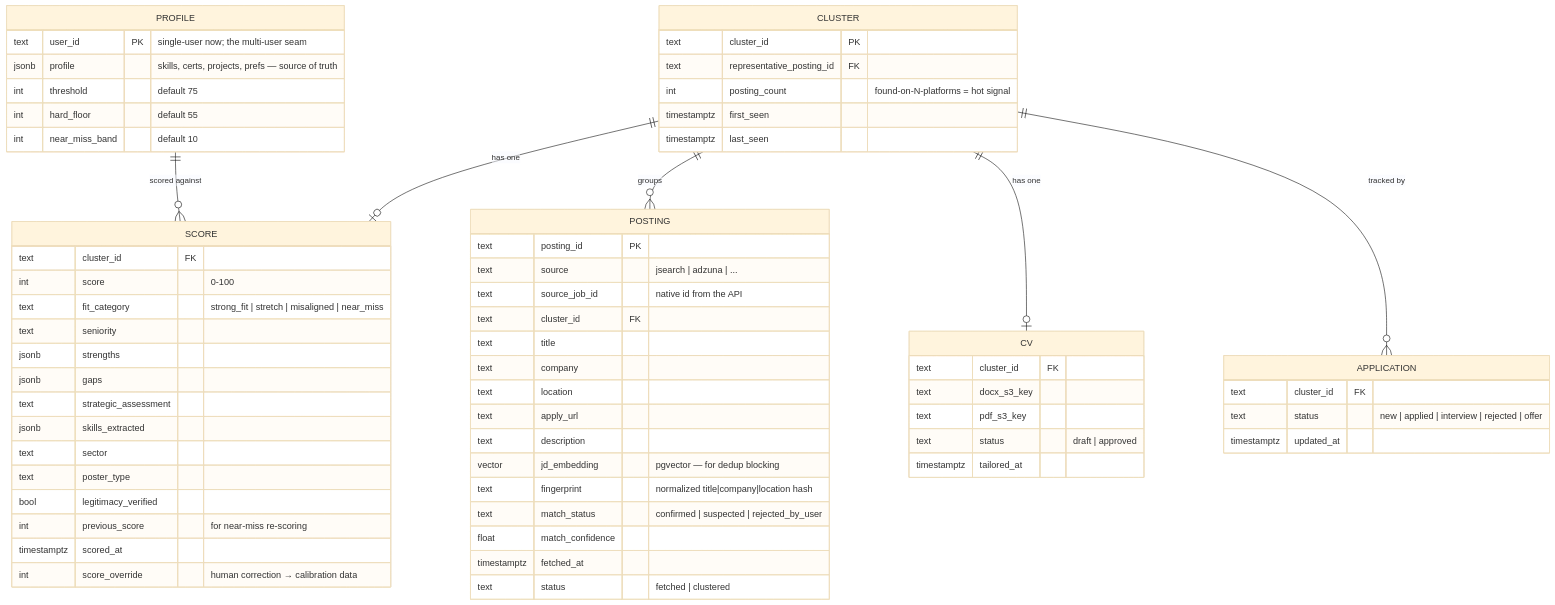
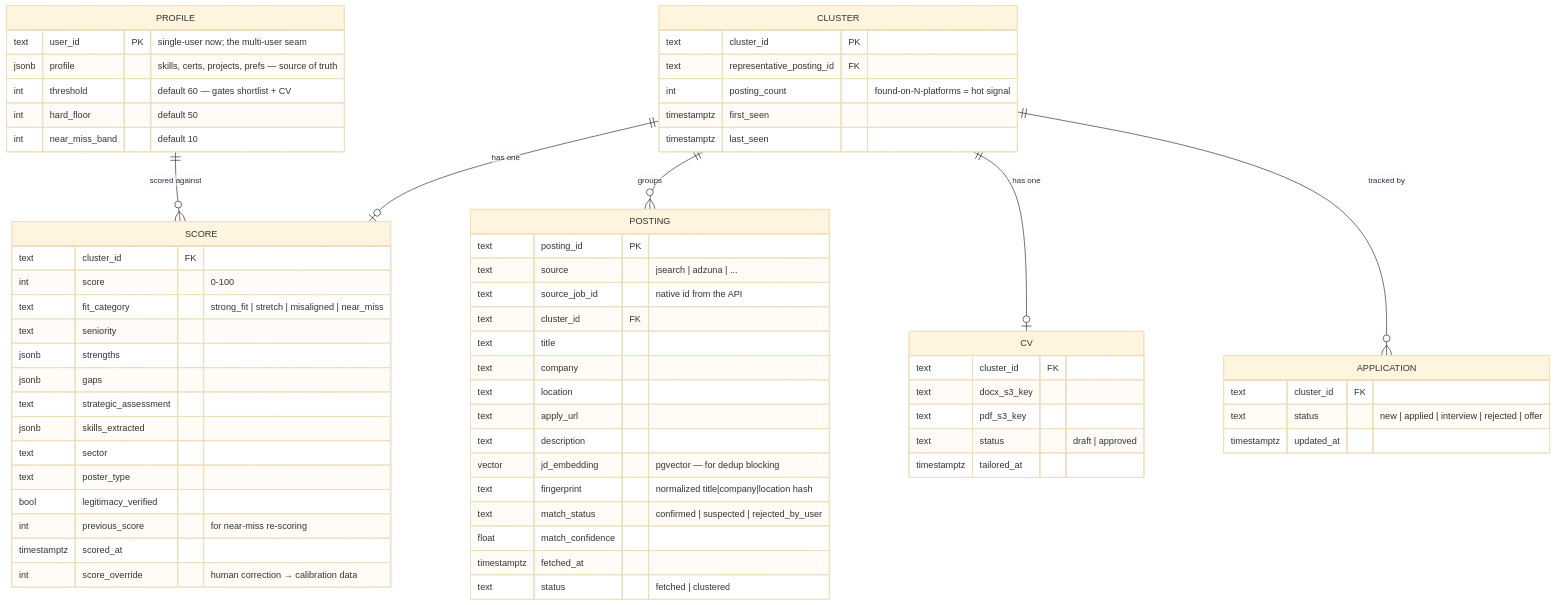
One commit to tarigelamin1997/jobfetcher changed the second of 2 diagrams in docs/02-architecture.md. Above: the diagram before and after it, drawn with Mermaid (base theme). The commit also changed other lines of this file and 3 other files, not shown here.

First line of the commit message:
docs: single user-configurable threshold (default 60) gating shortlist + CV

````diff
--- a/docs/02-architecture.md
+++ b/docs/02-architecture.md
@@ -63,68 +63,68 @@
 ```mermaid
 erDiagram
   PROFILE ||--o{ SCORE : "scored against"
   CLUSTER ||--o{ POSTING : "groups"
   CLUSTER ||--o| SCORE : "has one"
   CLUSTER ||--o| CV : "has one"
   CLUSTER ||--o{ APPLICATION : "tracked by"
 
   POSTING {
     text posting_id PK
     text source "jsearch | adzuna | ..."
     text source_job_id "native id from the API"
     text cluster_id FK
     text title
     text company
     text location
     text apply_url
     text description
     vector jd_embedding "pgvector — for dedup blocking"
     text fingerprint "normalized title|company|location hash"
     text match_status "confirmed | suspected | rejected_by_user"
     float match_confidence
     timestamptz fetched_at
     text status "fetched | clustered"
   }
   CLUSTER {
     text cluster_id PK
     text representative_posting_id FK
     int posting_count "found-on-N-platforms = hot signal"
     timestamptz first_seen
     timestamptz last_seen
   }
   SCORE {
     text cluster_id FK
     int score "0-100"
     text fit_category "strong_fit | stretch | misaligned | near_miss"
     text seniority
     jsonb strengths
     jsonb gaps
     text strategic_assessment
     jsonb skills_extracted
     text sector
     text poster_type
     bool legitimacy_verified
     int previous_score "for near-miss re-scoring"
     timestamptz scored_at
     int score_override "human correction → calibration data"
   }
   CV {
     text cluster_id FK
     text docx_s3_key
     text pdf_s3_key
     text status "draft | approved"
     timestamptz tailored_at
   }
   APPLICATION {
     text cluster_id FK
     text status "new | applied | interview | rejected | offer"
     timestamptz updated_at
   }
   PROFILE {
     text user_id PK "single-user now; the multi-user seam"
     jsonb profile "skills, certs, projects, prefs — source of truth"
-    int threshold "default 75"
-    int hard_floor "default 55"
+    int threshold "default 60 — gates shortlist + CV"
+    int hard_floor "default 50"
     int near_miss_band "default 10"
   }
 ```
````
